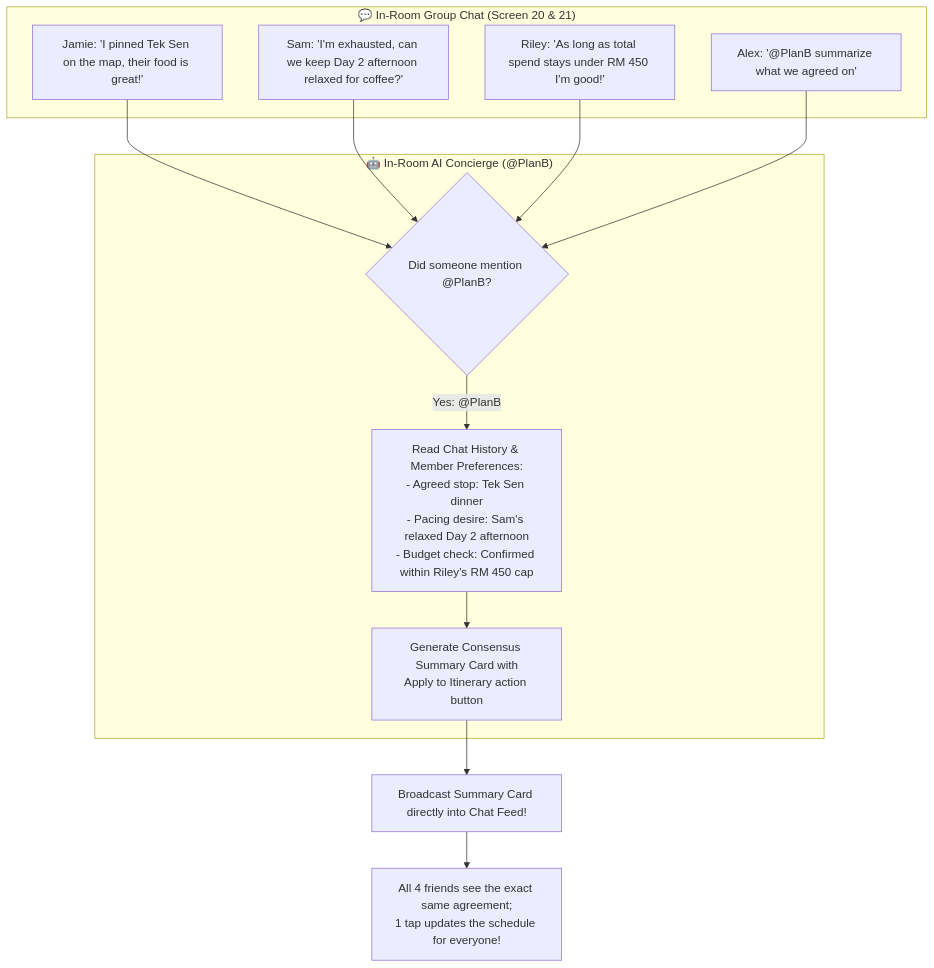
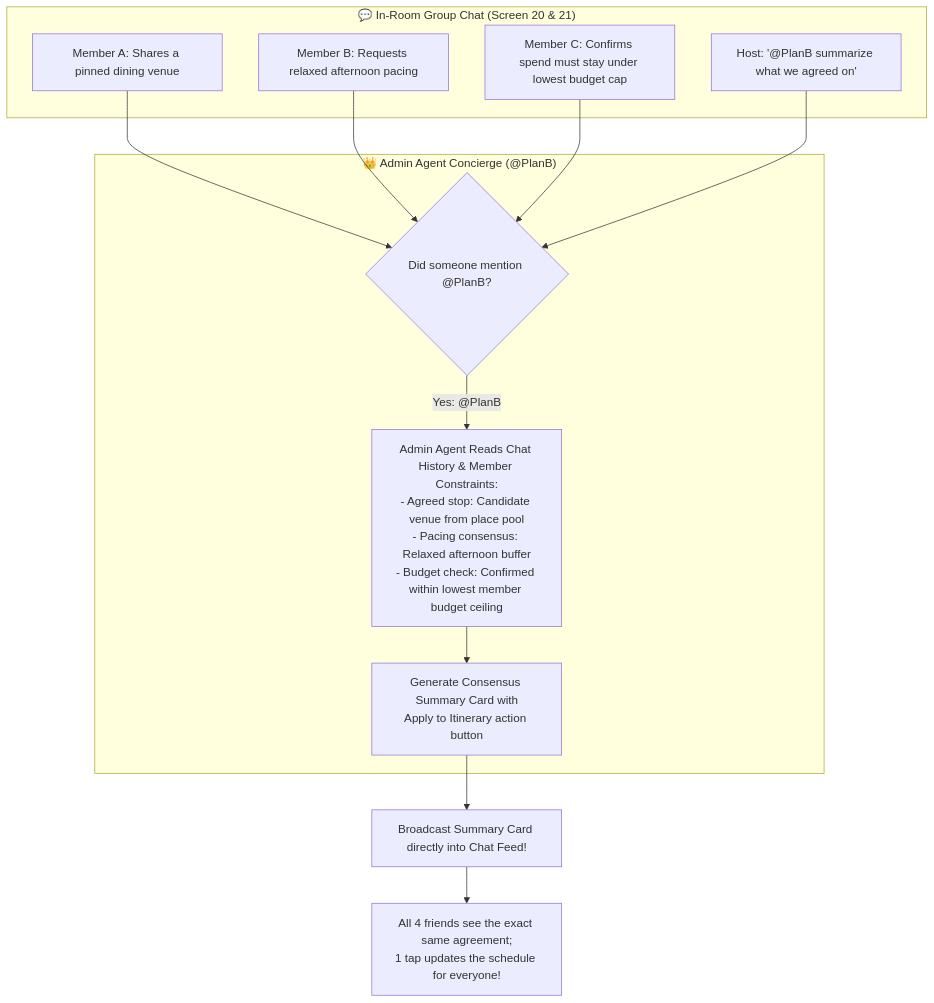
Before and after one commit to nlzce/We-are-the-champions_Plan-B: diagram 14 of 21 in README.md, drawn with Mermaid. The commit also changed other lines of this file, not shown here.

Commit message:
docs: update README with multi-agent architecture, 22-screen journey, and zero-form intake

````diff
--- a/README.md
+++ b/README.md
@@ -349,25 +458,25 @@
 ```mermaid
 flowchart TD
   subgraph THE_CHAT["💬 In-Room Group Chat (Screen 20 & 21)"]
-    M1["Jamie: 'I pinned Tek Sen on the map, their food is great!'"]
-    M2["Sam: 'I'm exhausted, can we keep Day 2 afternoon relaxed for coffee?'"]
-    M3["Riley: 'As long as total spend stays under RM 450 I'm good!'"]
-    AskAI["Alex: '@PlanB summarize what we agreed on'"]
+    M1["Member A: Shares a pinned dining venue"]
+    M2["Member B: Requests relaxed afternoon pacing"]
+    M3["Member C: Confirms spend must stay under lowest budget cap"]
+    AskAI["Host: '@PlanB summarize what we agreed on'"]
   end
 
-  subgraph THE_CONCIERGE["🤖 In-Room AI Concierge (@PlanB)"]
+  subgraph THE_CONCIERGE["👑 Admin Agent Concierge (@PlanB)"]
     DetectQuery{"Did someone mention @PlanB?"}
-    ParseChat["Read Chat History & Member Preferences:<br/>- Agreed stop: Tek Sen dinner<br/>- Pacing desire: Sam's relaxed Day 2 afternoon<br/>- Budget check: Confirmed within Riley's RM 450 cap"]
+    ParseChat["Admin Agent Reads Chat History & Member Constraints:<br/>- Agreed stop: Candidate venue from place pool<br/>- Pacing consensus: Relaxed afternoon buffer<br/>- Budget check: Confirmed within lowest member budget ceiling"]
     CreateDiff["Generate Consensus Summary Card with<br/>Apply to Itinerary action button"]
   end
 
   M1 --> DetectQuery
   M2 --> DetectQuery
   M3 --> DetectQuery
   AskAI --> DetectQuery
 
   DetectQuery -->|Yes: @PlanB| ParseChat
   ParseChat --> CreateDiff
   CreateDiff --> PostFeed["Broadcast Summary Card directly into Chat Feed!"]
   PostFeed --> AllSee["All 4 friends see the exact same agreement;<br/>1 tap updates the schedule for everyone!"]
 ```
````
